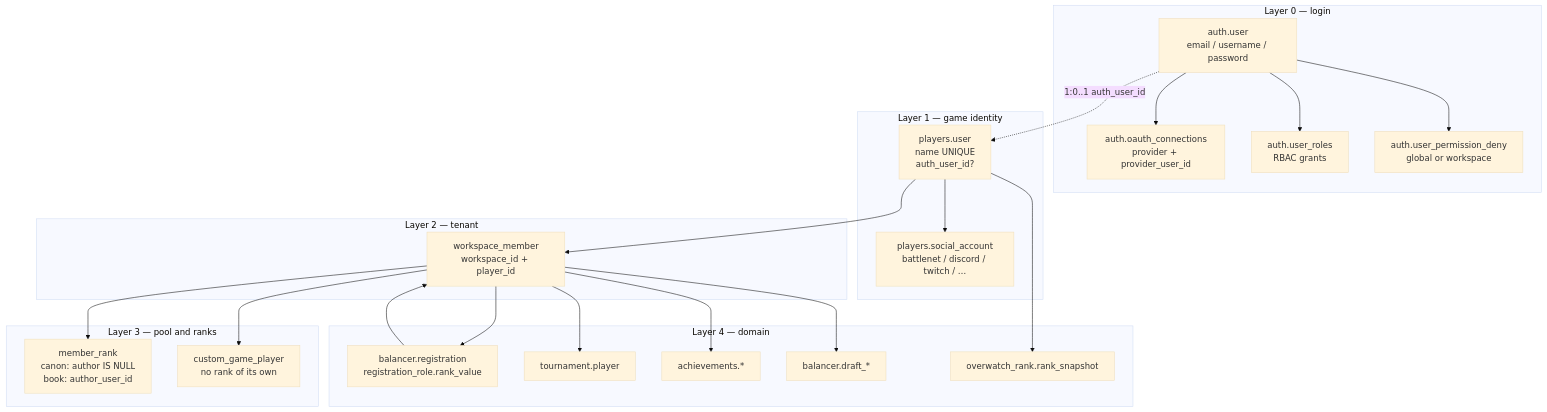
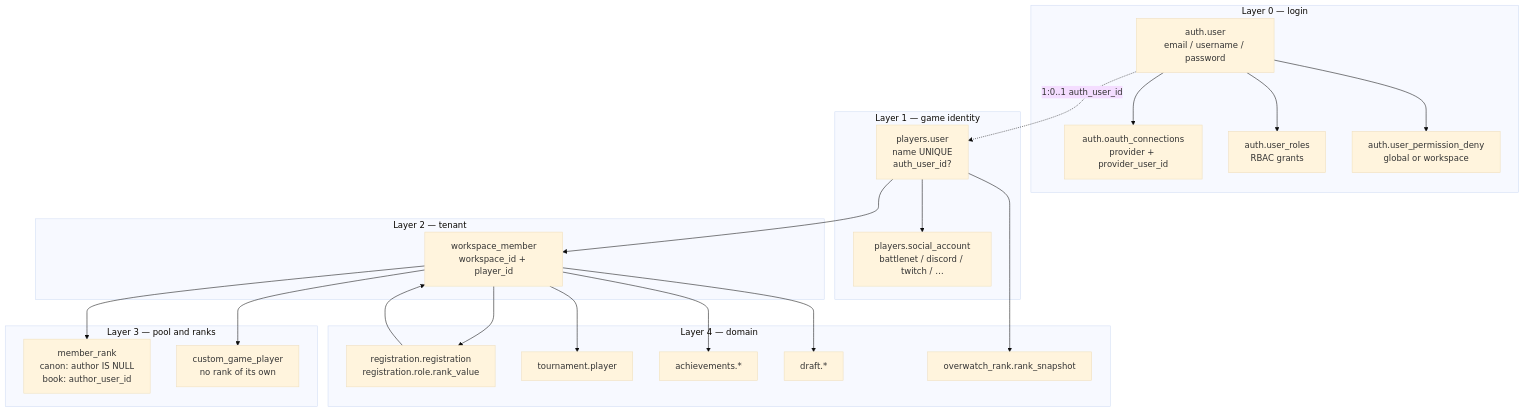
Before and after one commit to CraazzzyyFoxx/anak-tournaments: the first of 6 diagrams in docs/users-identity.md, drawn with Mermaid (base theme). The commit also changed other lines of this file and 180 other files, not shown here.

First line of the commit message:
refactor(db): split the balancer schema into registration, mix and draft

````diff
--- a/docs/users-identity.md
+++ b/docs/users-identity.md
@@ -59,46 +59,46 @@
 ```mermaid
 flowchart TB
   subgraph login["Layer 0 — login"]
     AU["auth.user\nemail / username / password"]
     OC["auth.oauth_connections\nprovider + provider_user_id"]
     UR["auth.user_roles\nRBAC grants"]
     DENY["auth.user_permission_deny\nglobal or workspace"]
     AU --> OC
     AU --> UR
     AU --> DENY
   end
 
   subgraph game["Layer 1 — game identity"]
     PU["players.user\nname UNIQUE\nauth_user_id?"]
     SA["players.social_account\nbattlenet / discord / twitch / …"]
     PU --> SA
   end
 
   subgraph tenant["Layer 2 — tenant"]
     WM["workspace_member\nworkspace_id + player_id"]
   end
 
   subgraph mix["Layer 3 — pool and ranks"]
     MR["member_rank\ncanon: author IS NULL\nbook: author_user_id"]
     CG["custom_game_player\nno rank of its own"]
   end
 
   subgraph domain["Layer 4 — domain"]
-    REG["balancer.registration\nregistration_role.rank_value"]
+    REG["registration.registration\nregistration.role.rank_value"]
     TP["tournament.player"]
     ACH["achievements.*"]
-    DRAFT["balancer.draft_*"]
+    DRAFT["draft.*"]
     OW["overwatch_rank.rank_snapshot"]
   end
 
   AU -.->|"1:0..1 auth_user_id"| PU
   PU --> WM
   WM --> MR
   WM --> CG
   WM --> REG
   WM --> TP
   WM --> ACH
   WM --> DRAFT
   PU --> OW
   REG --> WM
 ```
````
